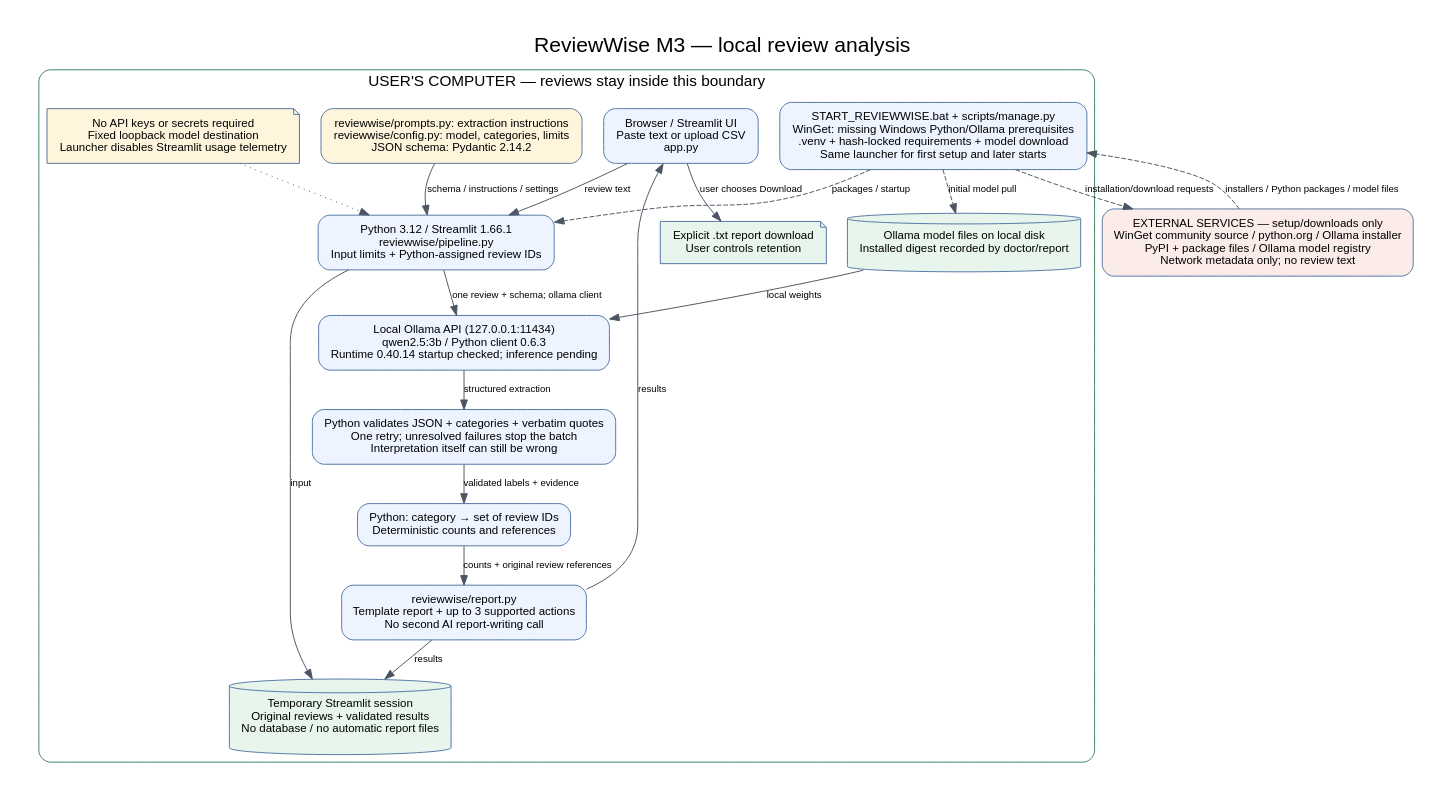
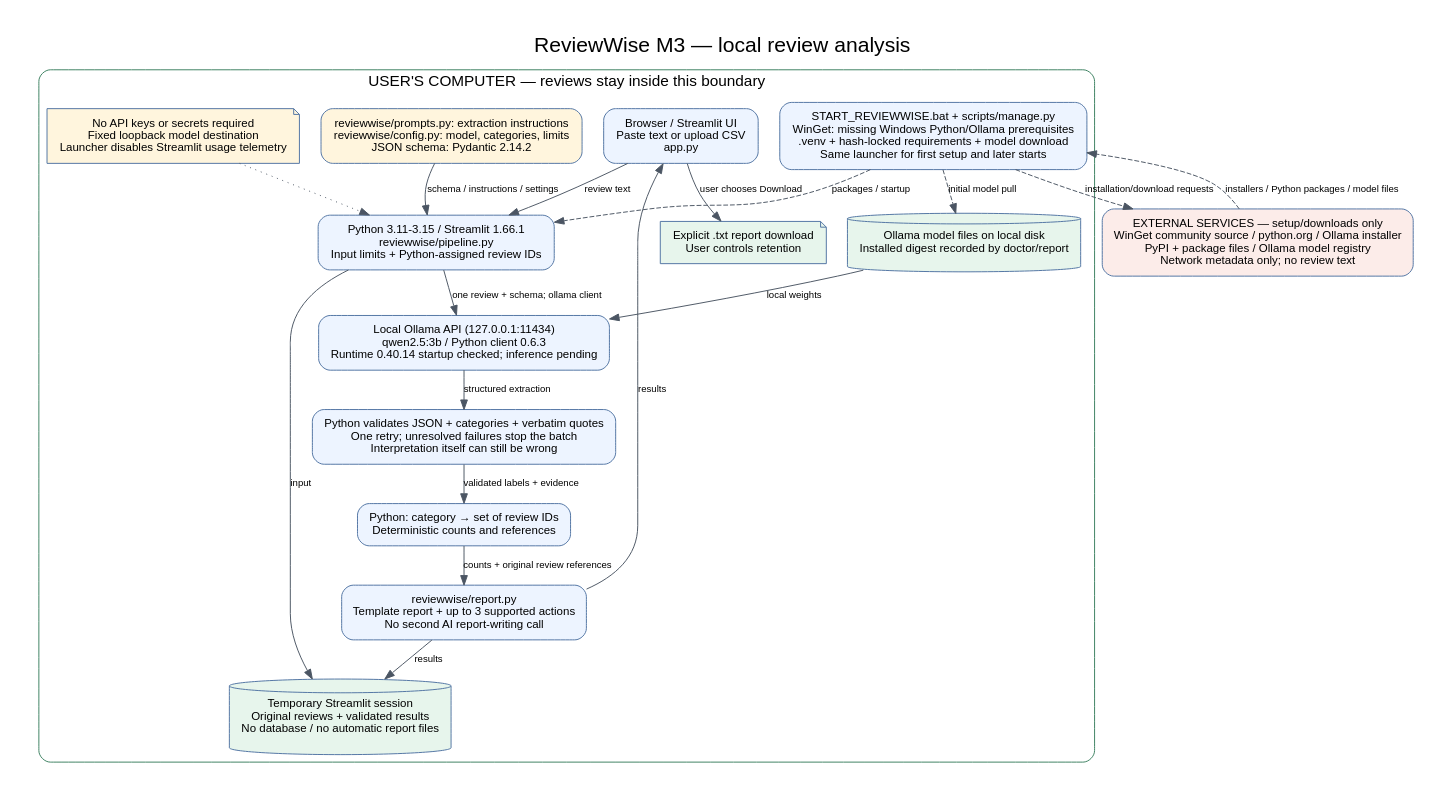
The diagram in docs/architecture.dot (abdai-eman/reviewwise-ai), drawn with Graphviz before and after one commit. The commit also changed 12 other files, not shown here.

```diff
--- a/docs/architecture.dot
+++ b/docs/architecture.dot
@@ -1,38 +1,38 @@
 digraph ReviewWise {
   graph [rankdir=TB, bgcolor="white", fontname="Arial", pad="0.35", nodesep="0.3", ranksep="0.4", label="ReviewWise M3 — local review analysis", labelloc=t, fontsize=22];
   node [shape=box, style="rounded,filled", fillcolor="#edf4ff", color="#5073a3", fontname="Arial", fontsize=12, margin="0.18,0.12"];
   edge [fontname="Arial", fontsize=10, color="#4b5563"];
   subgraph cluster_local {
     label="USER'S COMPUTER — reviews stay inside this boundary";
     color="#3b8060"; style="rounded"; fontname="Arial"; fontsize=16;
     browser [label="Browser / Streamlit UI\nPaste text or upload CSV\napp.py"];
-    python [label="Python 3.12 / Streamlit 1.66.1\nreviewwise/pipeline.py\nInput limits + Python-assigned review IDs"];
+    python [label="Python 3.11-3.15 / Streamlit 1.66.1\nreviewwise/pipeline.py\nInput limits + Python-assigned review IDs"];
     prompt [label="reviewwise/prompts.py: extraction instructions\nreviewwise/config.py: model, categories, limits\nJSON schema: Pydantic 2.14.2", fillcolor="#fff5dd"];
     ollama [label="Local Ollama API (127.0.0.1:11434)\nqwen2.5:3b / Python client 0.6.3\nRuntime 0.40.14 startup checked; inference pending"];
     validate [label="Python validates JSON + categories + verbatim quotes\nOne retry; unresolved failures stop the batch\nInterpretation itself can still be wrong"];
     count [label="Python: category → set of review IDs\nDeterministic counts and references"];
     report [label="reviewwise/report.py\nTemplate report + up to 3 supported actions\nNo second AI report-writing call"];
     session [shape=cylinder, label="Temporary Streamlit session\nOriginal reviews + validated results\nNo database / no automatic report files", fillcolor="#e7f5ec"];
     weights [shape=cylinder, label="Ollama model files on local disk\nInstalled digest recorded by doctor/report", fillcolor="#e7f5ec"];
     download [shape=note, label="Explicit .txt report download\nUser controls retention", fillcolor="#e7f5ec"];
     setup [label="START_REVIEWWISE.bat + scripts/manage.py\nWinGet: missing Windows Python/Ollama prerequisites\n.venv + hash-locked requirements + model download\nSame launcher for first setup and later starts"];
     secrets [shape=note, label="No API keys or secrets required\nFixed loopback model destination\nLauncher disables Streamlit usage telemetry", fillcolor="#fff5dd"];
     browser -> python [label="review text"];
     prompt -> python [label="schema / instructions / settings"];
     python -> ollama [label="one review + schema; ollama client"];
     weights -> ollama [label="local weights"];
     ollama -> validate [label="structured extraction"];
     validate -> count [label="validated labels + evidence"];
     count -> report [label="counts + original review references"];
     report -> browser [label="results"];
     python -> session [label="input"];
     report -> session [label="results"];
     browser -> download [label="user chooses Download"];
     setup -> python [style=dashed, label="packages / startup"];
     setup -> weights [style=dashed, label="initial model pull"];
     secrets -> python [style=dotted];
   }
   internet [shape=box, fillcolor="#fcece9", label="EXTERNAL SERVICES — setup/downloads only\nWinGet community source / python.org / Ollama installer\nPyPI + package files / Ollama model registry\nNetwork metadata only; no review text"];
   setup -> internet [style=dashed, label="installation/download requests"];
   internet -> setup [style=dashed, label="installers / Python packages / model files"];
 }
```
